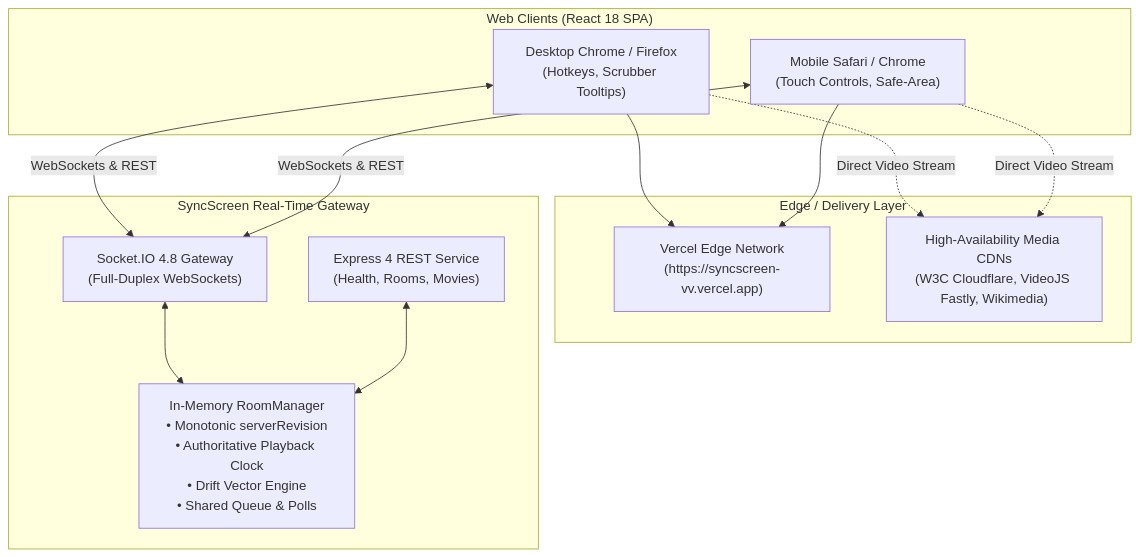
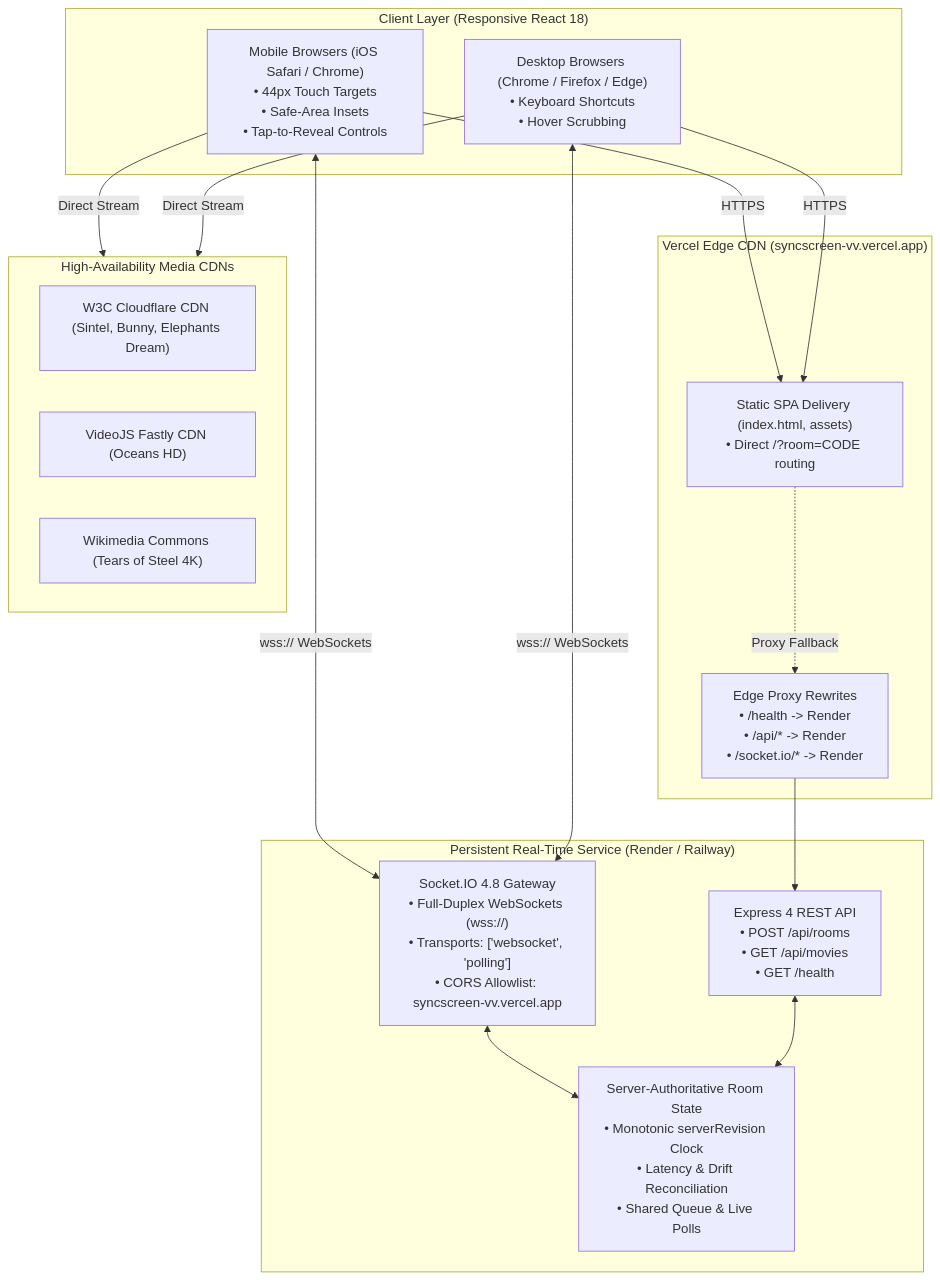
Before and after one commit to SarveshS1407/SyncScreen-VV: the diagram in DEPLOYMENT_REPORT.md, drawn with Mermaid. The commit also changed other lines of this file and 4 other files, not shown here.

Commit message:
deploy: configure persistent backend launchers for Render and Railway, set VITE_SERVER_URL, and update documentation

````diff
--- a/DEPLOYMENT_REPORT.md
+++ b/DEPLOYMENT_REPORT.md
@@ -27,27 +37,35 @@
 ```mermaid
 flowchart TD
-    subgraph Clients ["Web Clients (React 18 SPA)"]
-        MobileClient["Mobile Safari / Chrome\n(Touch Controls, Safe-Area)"]
-        DesktopClient["Desktop Chrome / Firefox\n(Hotkeys, Scrubber Tooltips)"]
+    subgraph Clients ["Client Layer (Responsive React 18)"]
+        MobileClient["Mobile Browsers (iOS Safari / Chrome)\n• 44px Touch Targets\n• Safe-Area Insets\n• Tap-to-Reveal Controls"]
+        DesktopClient["Desktop Browsers (Chrome / Firefox / Edge)\n• Keyboard Shortcuts\n• Hover Scrubbing"]
     end
 
-    subgraph CDN ["Edge / Delivery Layer"]
-        VercelCDN["Vercel Edge Network\n(https://syncscreen-vv.vercel.app)"]
-        MediaCDNs["High-Availability Media CDNs\n(W3C Cloudflare, VideoJS Fastly, Wikimedia)"]
+    subgraph VercelEdge ["Vercel Edge CDN (syncscreen-vv.vercel.app)"]
+        SPA["Static SPA Delivery (index.html, assets)\n• Direct /?room=CODE routing"]
+        EdgeProxy["Edge Proxy Rewrites\n• /health -> Render\n• /api/* -> Render\n• /socket.io/* -> Render"]
     end
 
-    subgraph Backend ["SyncScreen Real-Time Gateway"]
-        HTTPServer["Express 4 REST Service\n(Health, Rooms, Movies)"]
-        SocketServer["Socket.IO 4.8 Gateway\n(Full-Duplex WebSockets)"]
-        RoomStateEngine["In-Memory RoomManager\n• Monotonic serverRevision\n• Authoritative Playback Clock\n• Drift Vector Engine\n• Shared Queue & Polls"]
+    subgraph PersistentBackend ["Persistent Real-Time Service (Render / Railway)"]
+        ExpressREST["Express 4 REST API\n• POST /api/rooms\n• GET /api/movies\n• GET /health"]
+        SocketEngine["Socket.IO 4.8 Gateway\n• Full-Duplex WebSockets (wss://)\n• Transports: ['websocket', 'polling']\n• CORS Allowlist: syncscreen-vv.vercel.app"]
+        RoomManager["Server-Authoritative Room State\n• Monotonic serverRevision Clock\n• Latency & Drift Reconciliation\n• Shared Queue & Live Polls"]
     end
 
-    DesktopClient --> VercelCDN
-    MobileClient --> VercelCDN
-    DesktopClient <-->|WebSockets & REST| SocketServer
-    MobileClient <-->|WebSockets & REST| SocketServer
-    SocketServer <--> RoomStateEngine
-    HTTPServer <--> RoomStateEngine
-    DesktopClient -.->|Direct Video Stream| MediaCDNs
-    MobileClient -.->|Direct Video Stream| MediaCDNs
+    subgraph CDNs ["High-Availability Media CDNs"]
+        W3C["W3C Cloudflare CDN (Sintel, Bunny, Elephants Dream)"]
+        Fastly["VideoJS Fastly CDN (Oceans HD)"]
+        Wikimedia["Wikimedia Commons (Tears of Steel 4K)"]
+    end
+
+    MobileClient -->|HTTPS| SPA
+    DesktopClient -->|HTTPS| SPA
+    MobileClient <-->|wss:// WebSockets| SocketEngine
+    DesktopClient <-->|wss:// WebSockets| SocketEngine
+    MobileClient -->|Direct Stream| CDNs
+    DesktopClient -->|Direct Stream| CDNs
+    SPA -.->|Proxy Fallback| EdgeProxy
+    EdgeProxy --> ExpressREST
+    SocketEngine <--> RoomManager
+    ExpressREST <--> RoomManager
 ```
````
